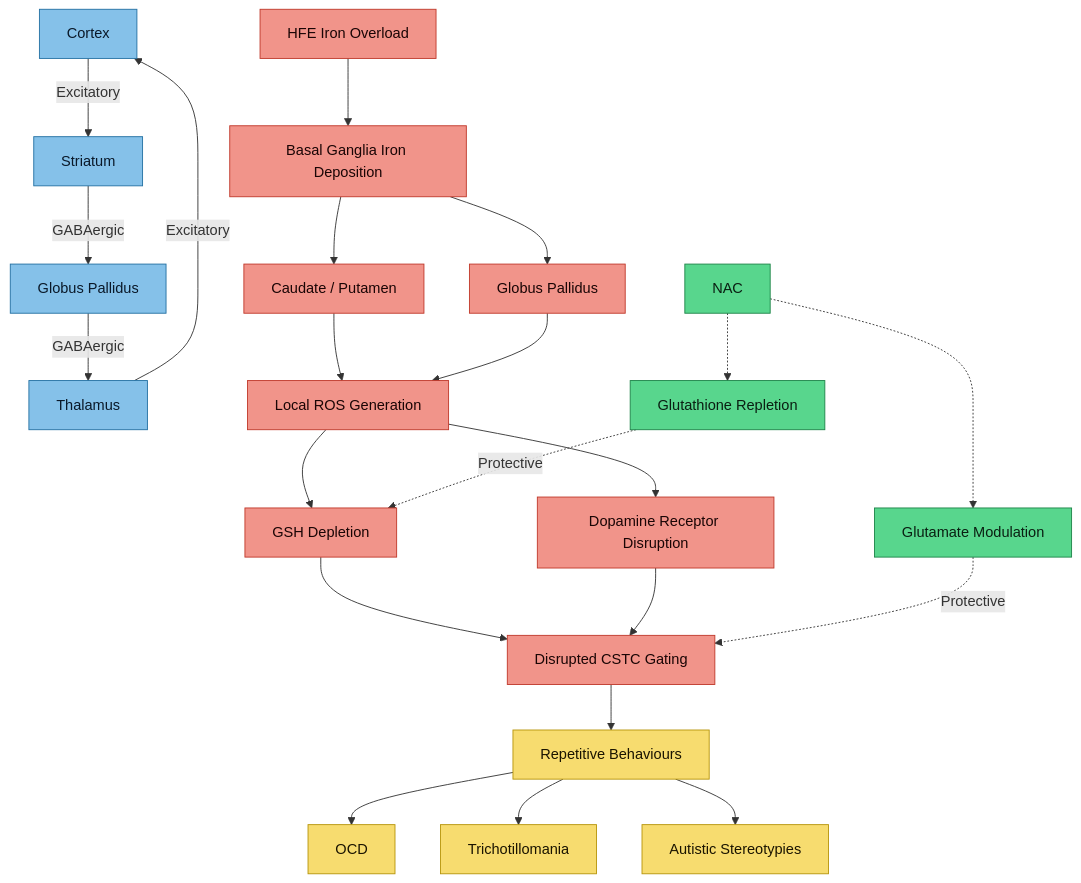
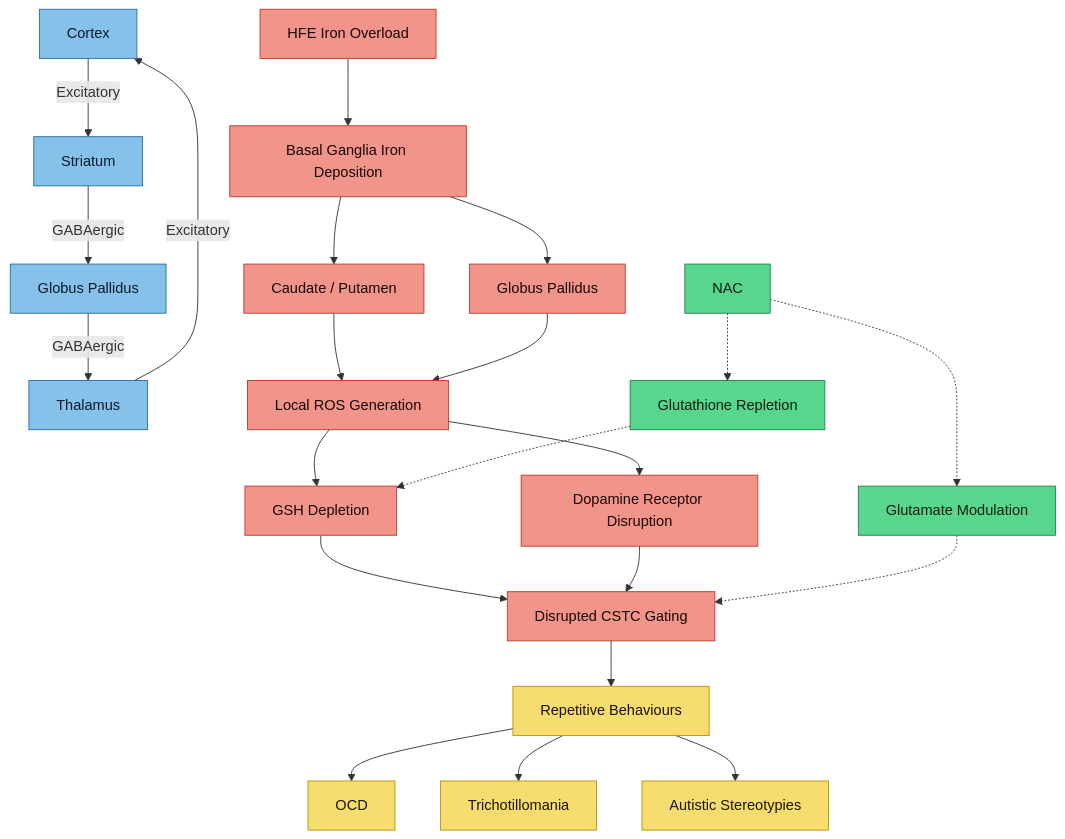
The diagram in src/site/notes/research/Iron and OCD-Spectrum Repetitive Behaviours.md (Aegis-commits/ag-hfe-adhd-asd-research), drawn with Mermaid before and after one commit. The commit also changed 14 other files, not shown here.

````diff
--- a/src/site/notes/research/Iron and OCD-Spectrum Repetitive Behaviours.md
+++ b/src/site/notes/research/Iron and OCD-Spectrum Repetitive Behaviours.md
@@ -15,38 +15,38 @@
 ```mermaid
 flowchart TD
     A[Cortex] -->|Excitatory| B[Striatum]
     B -->|GABAergic| C[Globus Pallidus]
     C -->|GABAergic| D[Thalamus]
     D -->|Excitatory| A
 
     E[HFE Iron Overload] --> F[Basal Ganglia Iron Deposition]
     F --> G[Caudate / Putamen]
     F --> H[Globus Pallidus]
 
     G --> I[Local ROS Generation]
     H --> I
     I --> J[GSH Depletion]
     I --> K[Dopamine Receptor Disruption]
     J --> L[Disrupted CSTC Gating]
     K --> L
 
     L --> M[Repetitive Behaviours]
     M --> N[OCD]
     M --> O[Trichotillomania]
     M --> P[Autistic Stereotypies]
 
     Q[NAC] -.-> R[Glutathione Repletion]
     Q -.-> S[Glutamate Modulation]
-    R -.->|Protective| J
-    S -.->|Protective| L
+    R -.-> J
+    S -.-> L
 
     classDef circuit fill:#85c1e9,stroke:#2471a3,color:#0a1929
     classDef damage fill:#f1948a,stroke:#c0392b,color:#1a0505
     classDef outcome fill:#f7dc6f,stroke:#b7950b,color:#1a1400
     classDef protect fill:#58d68d,stroke:#1e8449,color:#0a1f12
 
     class A,B,C,D circuit
     class E,F,G,H,I,J,K,L damage
     class M,N,O,P outcome
     class Q,R,S protect
 ```
````
